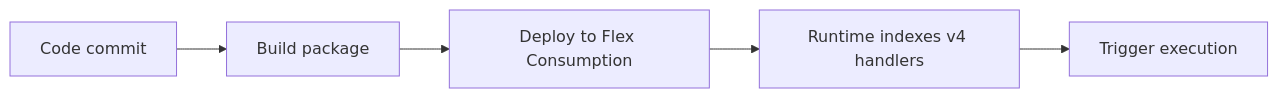
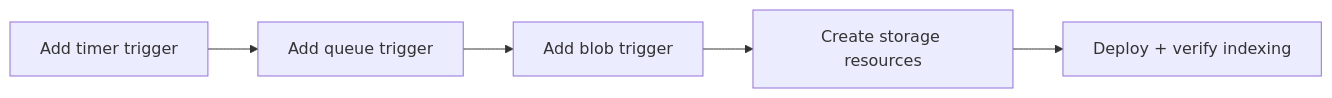
The second of 2 diagrams in docs/language-guides/nodejs/tutorial/flex-consumption/07-extending-triggers.md (yeongseon/azure-functions-practical-guide), drawn with Mermaid before and after one commit. The commit also changed other lines of this file and 7 other files, not shown here.

Commit message:
docs: validate and fix Node.js Flex Consumption tutorials 01-07 against live deployment

````diff
--- a/docs/language-guides/nodejs/tutorial/flex-consumption/07-extending-triggers.md
+++ b/docs/language-guides/nodejs/tutorial/flex-consumption/07-extending-triggers.md
@@ -23,7 +52,7 @@
 ```mermaid
 flowchart LR
-    A[Code commit] --> B[Build package]
-    B --> C[Deploy to Flex Consumption]
-    C --> D[Runtime indexes v4 handlers]
-    D --> E[Trigger execution]
+    A[Add timer trigger] --> B[Add queue trigger]
+    B --> C[Add blob trigger]
+    C --> D[Create storage resources]
+    D --> E[Deploy + verify indexing]
 ```
````
